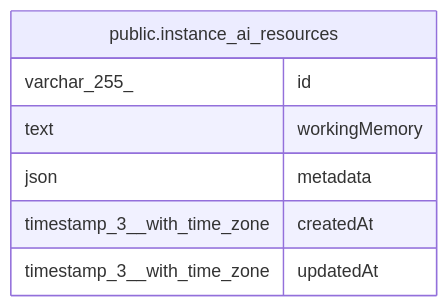
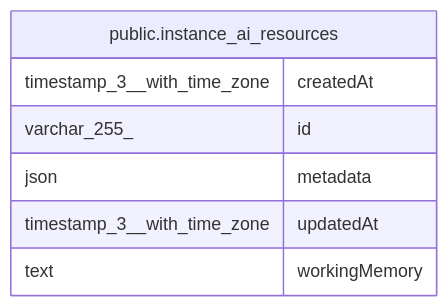
The diagram in docs/generated/postgres-schema/public.instance_ai_resources.md (mayankjain1815-commits/n8n), drawn with Mermaid before and after one commit. The commit also changed other lines of this file and 221 other files, not shown here.

Commit message:
chore(core): Make DB schema docs generation deterministic (#32373)

````diff
--- a/docs/generated/postgres-schema/public.instance_ai_resources.md
+++ b/docs/generated/postgres-schema/public.instance_ai_resources.md
@@ -30,12 +30,12 @@
 ```mermaid
 erDiagram
 
 
 "public.instance_ai_resources" {
+  timestamp_3__with_time_zone createdAt
   varchar_255_ id
+  json metadata
+  timestamp_3__with_time_zone updatedAt
   text workingMemory
-  json metadata
-  timestamp_3__with_time_zone createdAt
-  timestamp_3__with_time_zone updatedAt
 }
 ```
````
